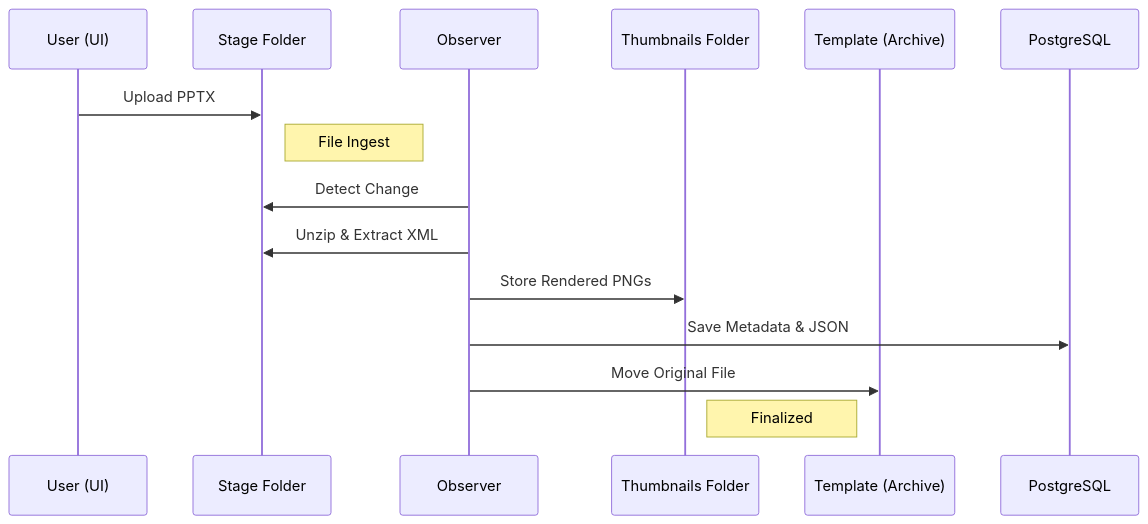
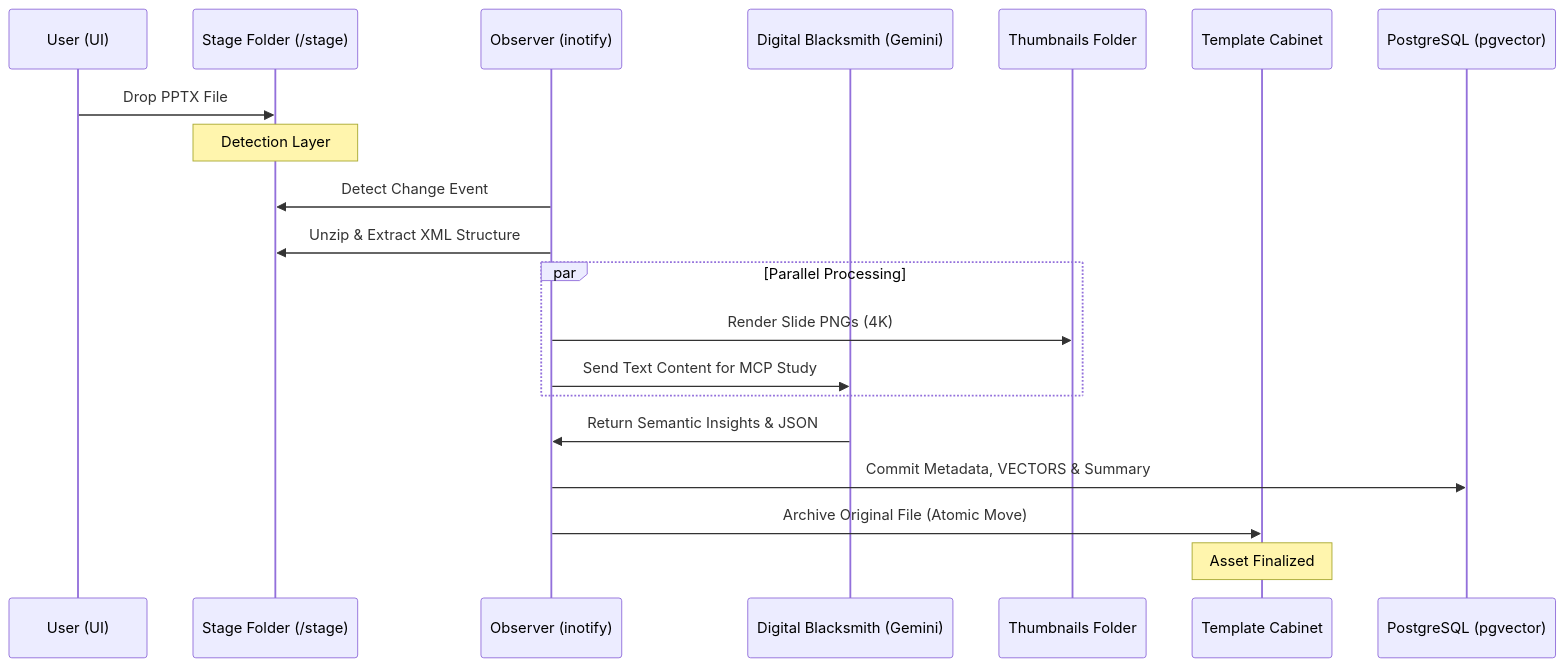
One commit to gnemet/SlideForge changed the first of 2 diagrams in docs/workflow.md. Above: the diagram before and after it, drawn with Mermaid. The commit also changed other lines of this file and 4 other files, not shown here.

````diff
--- a/docs/workflow.md
+++ b/docs/workflow.md
@@ -7,18 +9,26 @@
 ```mermaid
 sequenceDiagram
     participant U as User (UI)
-    participant S as Stage Folder
-    participant O as Observer
+    participant S as Stage Folder (/stage)
+    participant O as Observer (inotify)
+    participant AI as Digital Blacksmith (Gemini)
     participant TH as Thumbnails Folder
-    participant T as Template (Archive)
-    participant D as PostgreSQL
+    participant T as Template Cabinet
+    participant D as PostgreSQL (pgvector)
     
-    U->>S: Upload PPTX
-    Note right of S: File Ingest
-    O->>S: Detect Change
-    O->>S: Unzip & Extract XML
-    O->>TH: Store Rendered PNGs
-    O->>D: Save Metadata & JSON
-    O->>T: Move Original File
-    Note left of T: Finalized
+    U->>S: Drop PPTX File
+    Note over S: Detection Layer
+    O->>S: Detect Change Event
+    O->>S: Unzip & Extract XML Structure
+    
+    par Parallel Processing
+        O->>TH: Render Slide PNGs (4K)
+        O->>AI: Send Text Content for MCP Study
+    end
+    
+    AI->>O: Return Semantic Insights & JSON
+    O->>D: Commit Metadata, VECTORS & Summary
+    O->>T: Archive Original File (Atomic Move)
+    
+    Note over T: Asset Finalized
 ```
````
